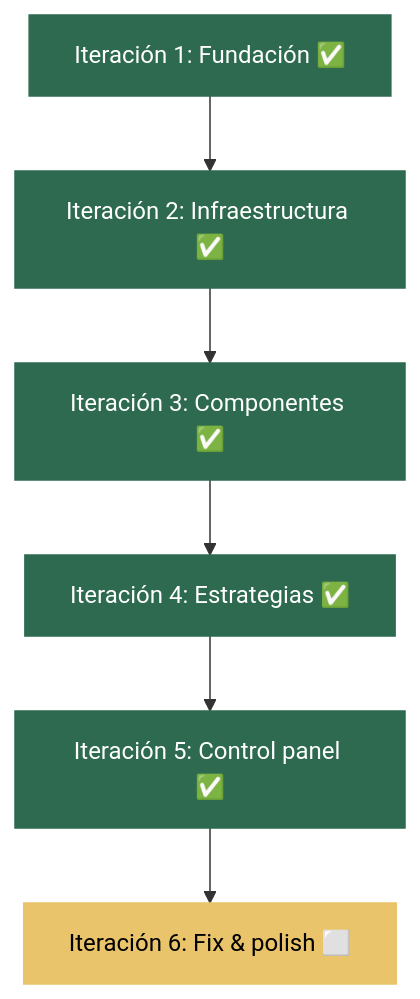
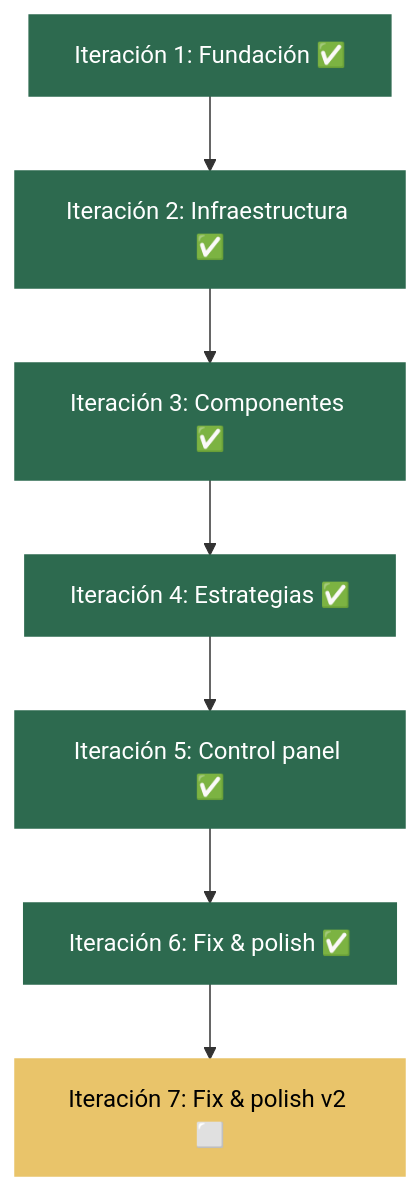
One commit to xavier-gallofre/k8s-deployer-playground changed the diagram in docs/user-stories.md. Above: the diagram before and after it, drawn with Mermaid. The commit also changed other lines of this file and 2 other files, not shown here.

Commit message:
fix(US-29): fix docs (Mermaid, summary, guide)
- Update Mermaid diagram to show Iteration 6 as completed
- Add Iteration 7 placeholder in diagram
- Add observability URLs to setup.sh summary (Kiali, Prometheus, Grafana)
- Add --profile to NGINX Ingress addon in guia-setup.md
- Add Step 12: Observability section to guia-setup.md
- Add manual cleanup steps to guia-setup.md
- Update user-stories.md

````diff
--- a/docs/user-stories.md
+++ b/docs/user-stories.md
@@ -13,15 +13,17 @@
 ```mermaid
 graph TD
     I1["Iteración 1: Fundación ✅"] --> I2["Iteración 2: Infraestructura ✅"]
     I2 --> I3["Iteración 3: Componentes ✅"]
     I3 --> I4["Iteración 4: Estrategias ✅"]
     I4 --> I5["Iteración 5: Control panel ✅"]
-    I5 --> I6["Iteración 6: Fix & polish ⬜"]
+    I5 --> I6["Iteración 6: Fix & polish ✅"]
+    I6 --> I7["Iteración 7: Fix & polish v2 ⬜"]
 
     style I1 fill:#2d6a4f,stroke:#2d6a4f,color:#fff
     style I2 fill:#2d6a4f,stroke:#2d6a4f,color:#fff
     style I3 fill:#2d6a4f,stroke:#2d6a4f,color:#fff
     style I4 fill:#2d6a4f,stroke:#2d6a4f,color:#fff
     style I5 fill:#2d6a4f,stroke:#2d6a4f,color:#fff
-    style I6 fill:#e9c46a,stroke:#e9c46a,color:#000
+    style I6 fill:#2d6a4f,stroke:#2d6a4f,color:#fff
+    style I7 fill:#e9c46a,stroke:#e9c46a,color:#000
 ```
````
